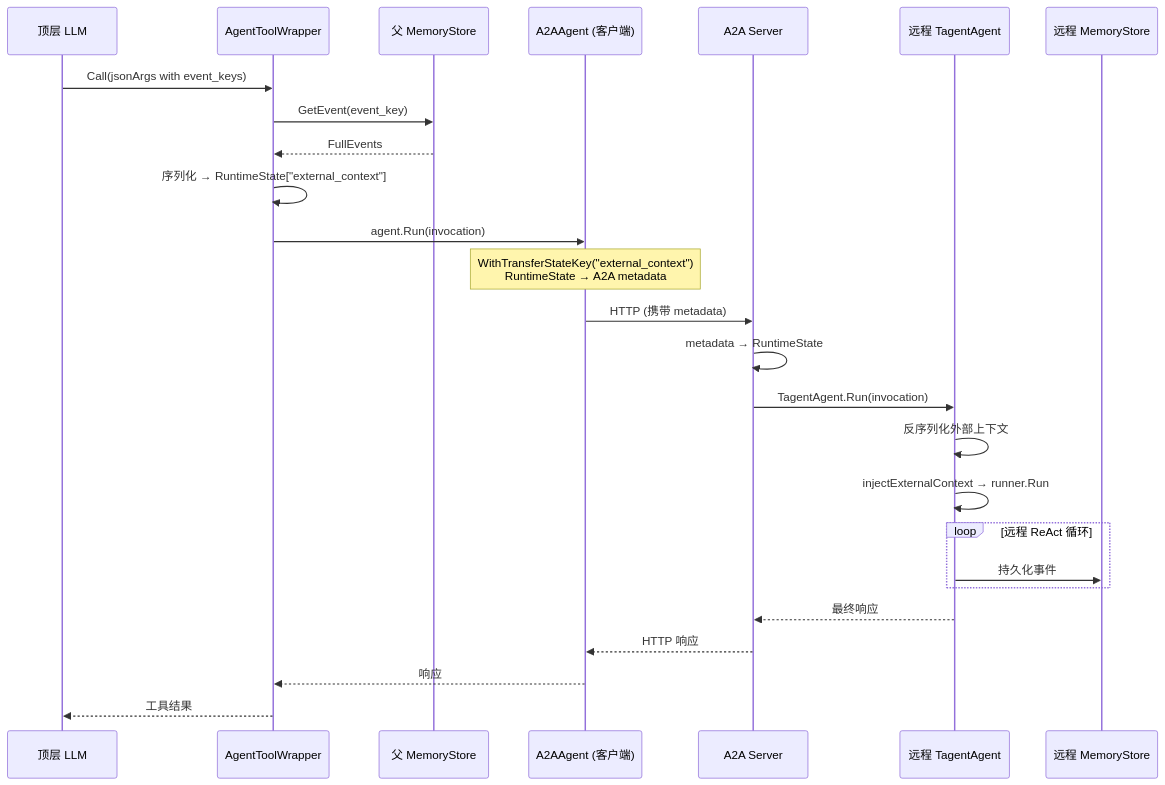
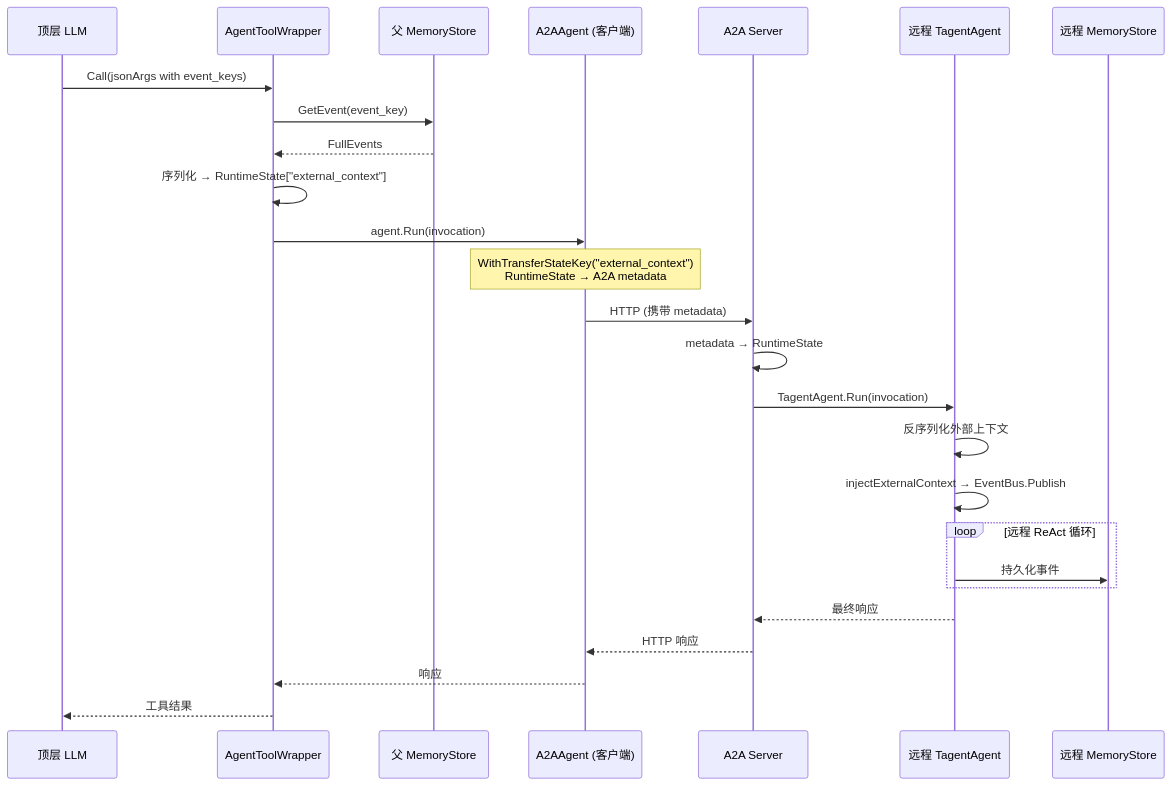
Before and after one commit to SpellingDragon/tagent: the eighth of 9 diagrams in README.md, drawn with Mermaid. The commit also changed other lines of this file and 8 other files, not shown here.

First line of the commit message:
docs: align wiki and README with event-driven architecture

````diff
--- a/README.md
+++ b/README.md
@@ -358,33 +360,33 @@
 ```mermaid
 sequenceDiagram
     participant LLM as 顶层 LLM
     participant AW as AgentToolWrapper
     participant PS as 父 MemoryStore
     participant A2A as A2AAgent (客户端)
     participant SRV as A2A Server
     participant RTA as 远程 TagentAgent
     participant RMS as 远程 MemoryStore
 
     LLM->>AW: Call(jsonArgs with event_keys)
     AW->>PS: GetEvent(event_key)
     PS-->>AW: FullEvents
     AW->>AW: 序列化 → RuntimeState["external_context"]
     AW->>A2A: agent.Run(invocation)
 
     Note over A2A: WithTransferStateKey("external_context")<br/>RuntimeState → A2A metadata
 
     A2A->>SRV: HTTP (携带 metadata)
     SRV->>SRV: metadata → RuntimeState
     SRV->>RTA: TagentAgent.Run(invocation)
     RTA->>RTA: 反序列化外部上下文
-    RTA->>RTA: injectExternalContext → runner.Run
+    RTA->>RTA: injectExternalContext → EventBus.Publish
 
     loop 远程 ReAct 循环
         RTA->>RMS: 持久化事件
     end
 
     RTA-->>SRV: 最终响应
     SRV-->>A2A: HTTP 响应
     A2A-->>AW: 响应
     AW-->>LLM: 工具结果
 ```
````
